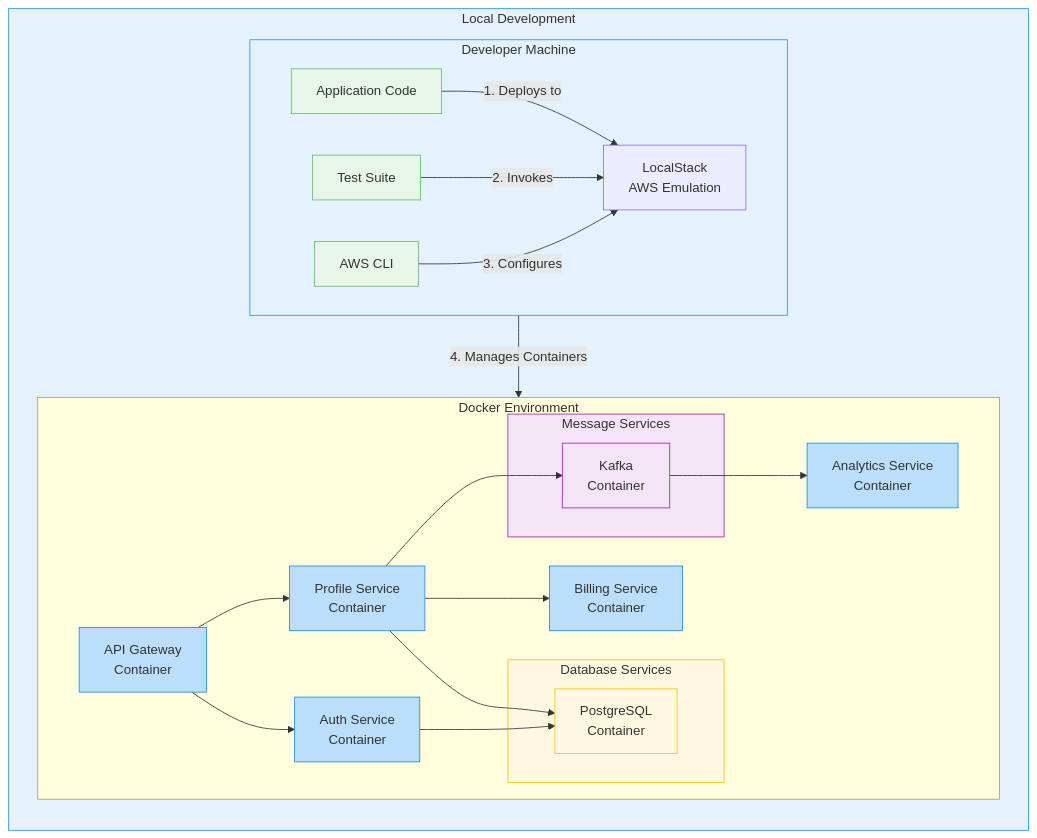
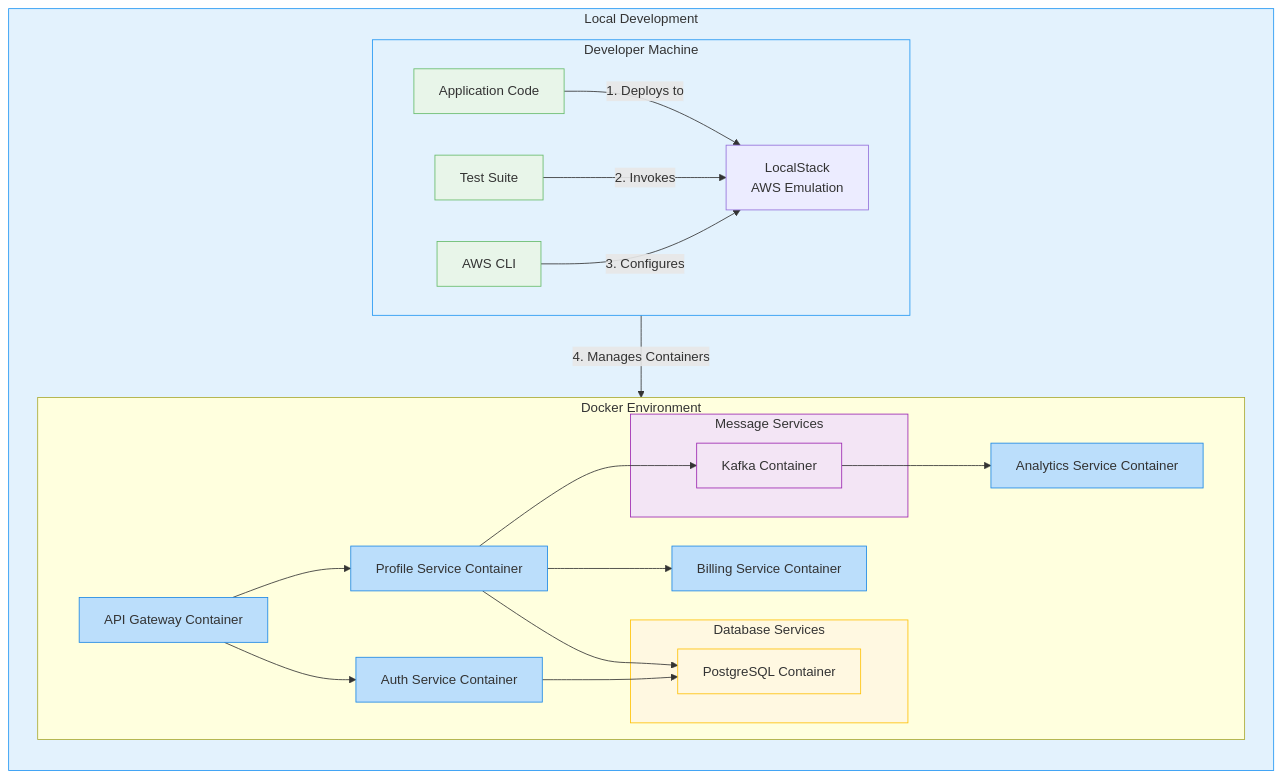
Before and after one commit to PritiAryal/MediCore: diagram 13 of 13 in README.md, drawn with Mermaid. The commit also changed 1 other file, not shown here.

````diff
--- a/README.md
+++ b/README.md
@@ -2016,52 +2016,52 @@
 ```mermaid
 flowchart TB
                     subgraph Local[Local Development]
                         direction TB
                         
                         subgraph IDE[Developer Machine]
                             direction LR
                             Code[Application Code] -->|"1. Deploys to"| LocalStack[LocalStack\nAWS Emulation]
                             Tests[Test Suite] -->|"2. Invokes"| LocalStack
                             CLI[AWS CLI] -->|"3. Configures"| LocalStack
                         end
                         
                         subgraph DockerEnv[Docker Environment]
-                            APIGW[API Gateway\nContainer]
-                            AUTH[Auth Service\nContainer]
-                            PROFILE[Profile Service\nContainer]
-                            BILLING[Billing Service\nContainer]
-                            ANALYTICS[Analytics Service\nContainer]
+                            APIGW[API Gateway Container]
+                            AUTH[Auth Service Container]
+                            PROFILE[Profile Service Container]
+                            BILLING[Billing Service Container]
+                            ANALYTICS[Analytics Service Container]
                             
                             subgraph DB[Database Services]
-                                POSTGRES[PostgreSQL\nContainer]
+                                POSTGRES[PostgreSQL Container]
                             end
                             
                             subgraph MSG[Message Services]
-                                KAFKA[Kafka\nContainer]
+                                KAFKA[Kafka Container]
                             end
                         end
                         
                         LocalStack -->|"4. Manages Containers"| DockerEnv
                         
                         %% Service Connections
                         APIGW --> AUTH
                         APIGW --> PROFILE
                         PROFILE --> BILLING
                         PROFILE --> KAFKA
                         KAFKA --> ANALYTICS
                         AUTH --> POSTGRES
                         PROFILE --> POSTGRES
                     end
                     
                     classDef dev fill:#e3f2fd,stroke:#2196f3;
                     classDef container fill:#bbdefb,stroke:#1e88e5;
                     classDef db fill:#fff8e1,stroke:#ffc107;
                     classDef msg fill:#f3e5f5,stroke:#9c27b0;
                     classDef tool fill:#e8f5e9,stroke:#66bb6a;
                     
                     class Local,IDE dev;
                     class APIGW,AUTH,PROFILE,BILLING,ANALYTICS container;
                     class DB,POSTGRES db;
                     class MSG,KAFKA msg;
                     class Code,Tests,CLI tool;
 ```
````
